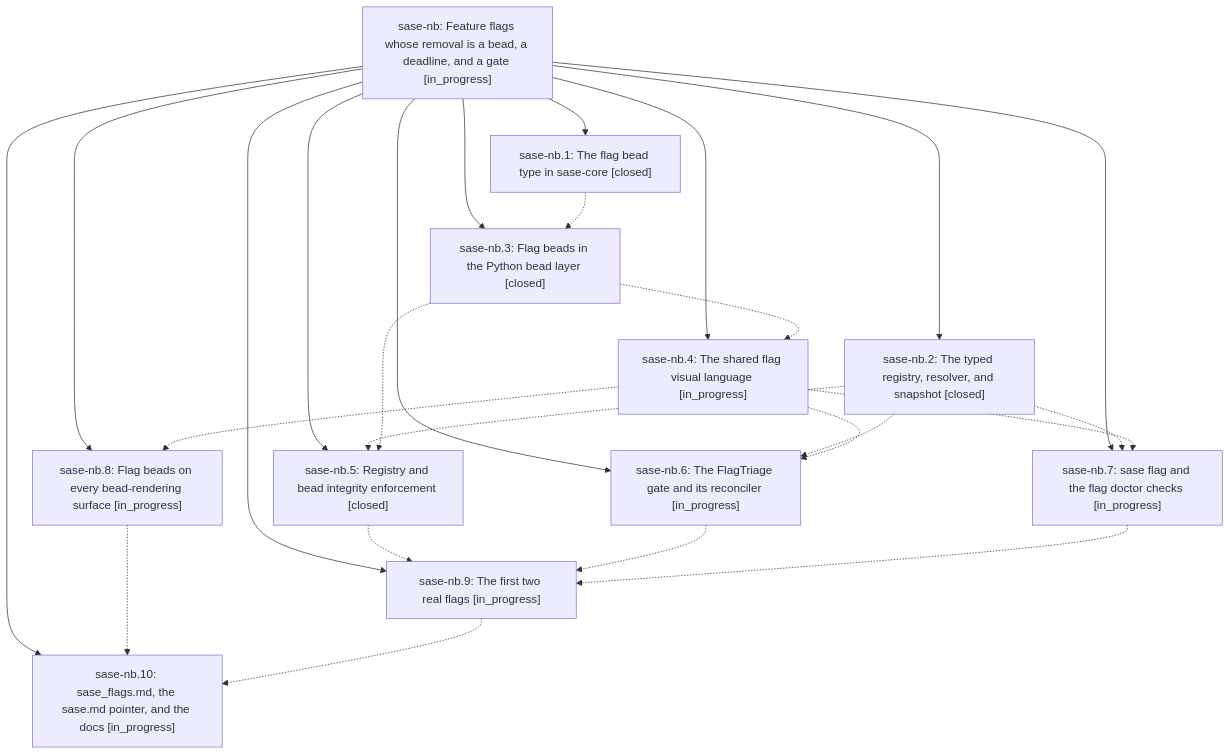
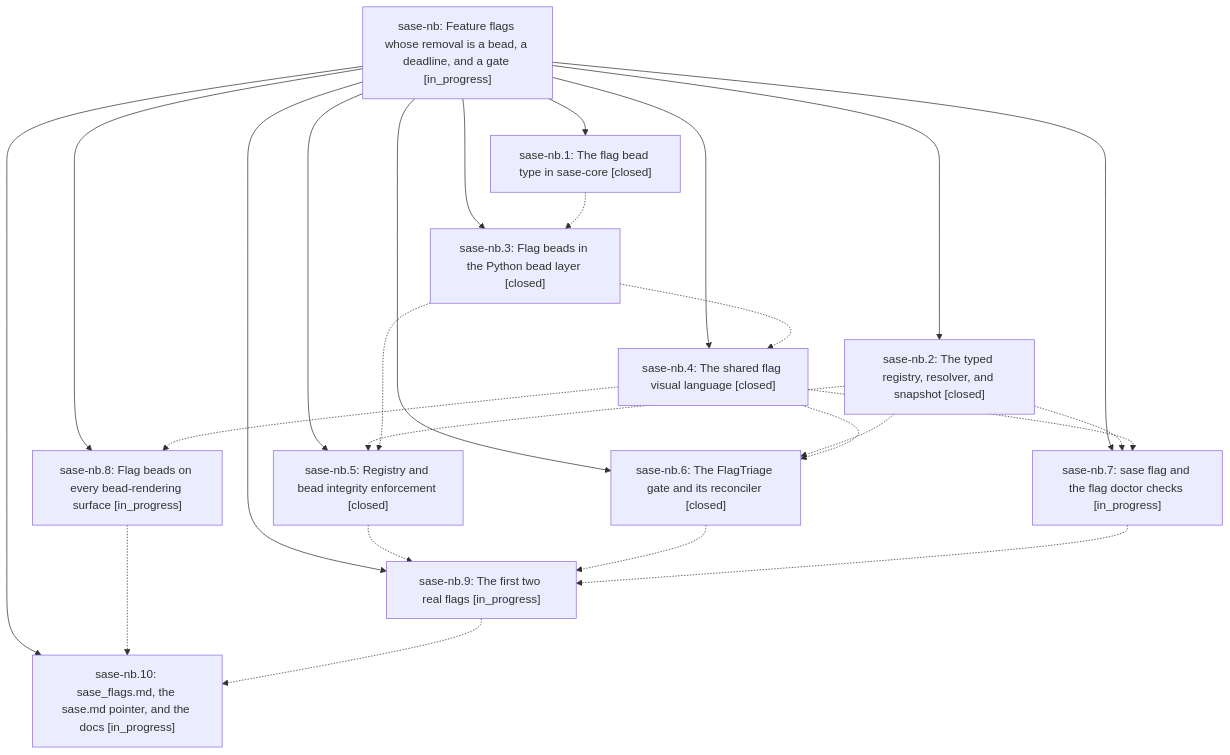
The diagram in pages/sase-nb/README.md (sase-org/sase--beads), drawn with Mermaid before and after one commit. The commit also changed other lines of this file and 7 other files, not shown here.

````diff
--- a/pages/sase-nb/README.md
+++ b/pages/sase-nb/README.md
@@ -87,38 +89,38 @@
 ```mermaid
 flowchart TD
     n0["sase-nb: Feature flags whose removal is a bead, a deadline, and a gate [in_progress]"]
     n1["sase-nb.1: The flag bead type in sase-core [closed]"]
     n2["sase-nb.10: sase_flags.md, the sase.md pointer, and the docs [in_progress]"]
     n3["sase-nb.2: The typed registry, resolver, and snapshot [closed]"]
     n4["sase-nb.3: Flag beads in the Python bead layer [closed]"]
-    n5["sase-nb.4: The shared flag visual language [in_progress]"]
+    n5["sase-nb.4: The shared flag visual language [closed]"]
     n6["sase-nb.5: Registry and bead integrity enforcement [closed]"]
-    n7["sase-nb.6: The FlagTriage gate and its reconciler [in_progress]"]
+    n7["sase-nb.6: The FlagTriage gate and its reconciler [closed]"]
     n8["sase-nb.7: sase flag and the flag doctor checks [in_progress]"]
     n9["sase-nb.8: Flag beads on every bead-rendering surface [in_progress]"]
     n10["sase-nb.9: The first two real flags [in_progress]"]
     n0 --> n1
     n0 --> n2
     n0 --> n3
     n0 --> n4
     n0 --> n5
     n0 --> n6
     n0 --> n7
     n0 --> n8
     n0 --> n9
     n0 --> n10
     n1 -.-> n4
     n3 -.-> n6
     n3 -.-> n7
     n3 -.-> n8
     n4 -.-> n5
     n4 -.-> n6
     n5 -.-> n7
     n5 -.-> n8
     n5 -.-> n9
     n6 -.-> n10
     n7 -.-> n10
     n8 -.-> n10
     n9 -.-> n2
     n10 -.-> n2
 ```
````
